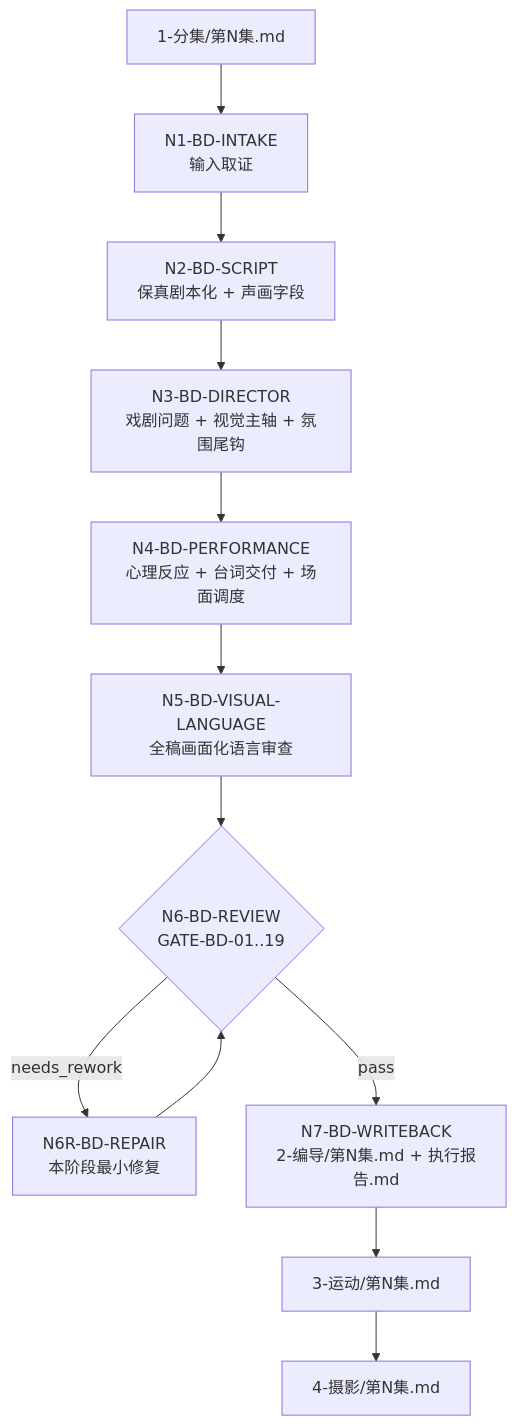
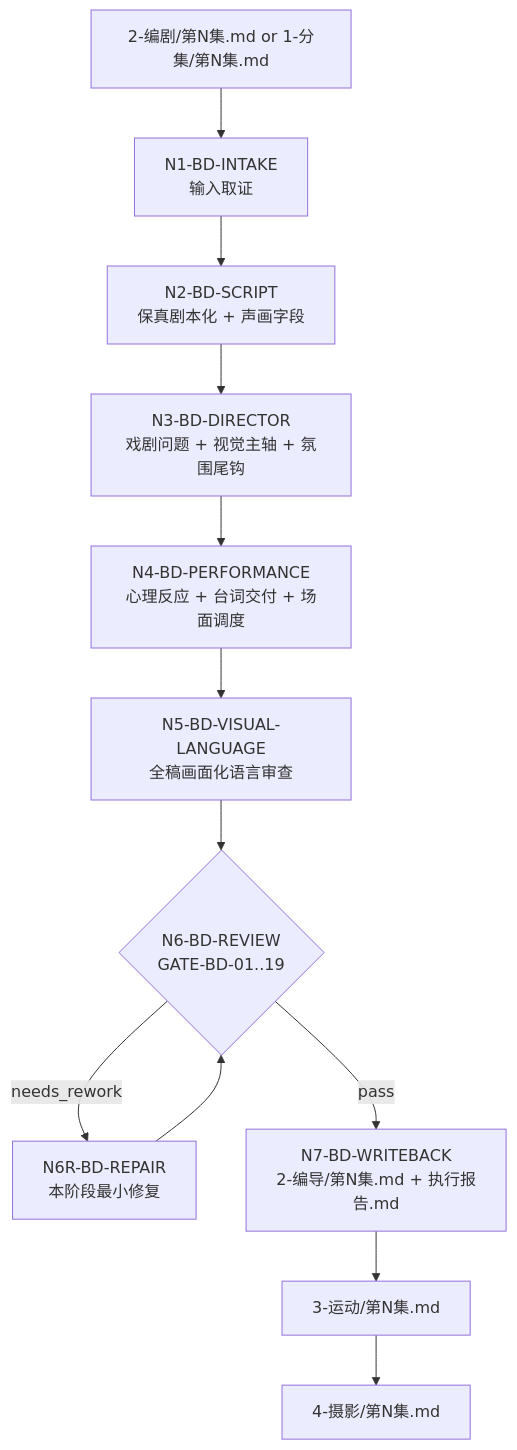
Before and after one commit to ZEN-VOID/AI-CUT: the first of 2 diagrams in .agents/skills/aigc/2-编导/SKILL.md, drawn with Mermaid. The commit also changed other lines of this file and 181 other files, not shown here.

````diff
--- a/.agents/skills/aigc/2-编导/SKILL.md
+++ b/.agents/skills/aigc/2-编导/SKILL.md
@@ -102,14 +102,14 @@
 ```mermaid
 flowchart TD
-    A["1-分集/第N集.md"] --> B["N1-BD-INTAKE\n输入取证"]
+    A["2-编剧/第N集.md or 1-分集/第N集.md"] --> B["N1-BD-INTAKE\n输入取证"]
     B --> C["N2-BD-SCRIPT\n保真剧本化 + 声画字段"]
     C --> D["N3-BD-DIRECTOR\n戏剧问题 + 视觉主轴 + 氛围尾钩"]
     D --> E["N4-BD-PERFORMANCE\n心理反应 + 台词交付 + 场面调度"]
     E --> F["N5-BD-VISUAL-LANGUAGE\n全稿画面化语言审查"]
     F --> G{"N6-BD-REVIEW\nGATE-BD-01..19"}
     G -->|"needs_rework"| R["N6R-BD-REPAIR\n本阶段最小修复"]
     R --> G
     G -->|"pass"| W["N7-BD-WRITEBACK\n2-编导/第N集.md + 执行报告.md"]
     W --> H["3-运动/第N集.md"]
     H --> I["4-摄影/第N集.md"]
 ```
````
